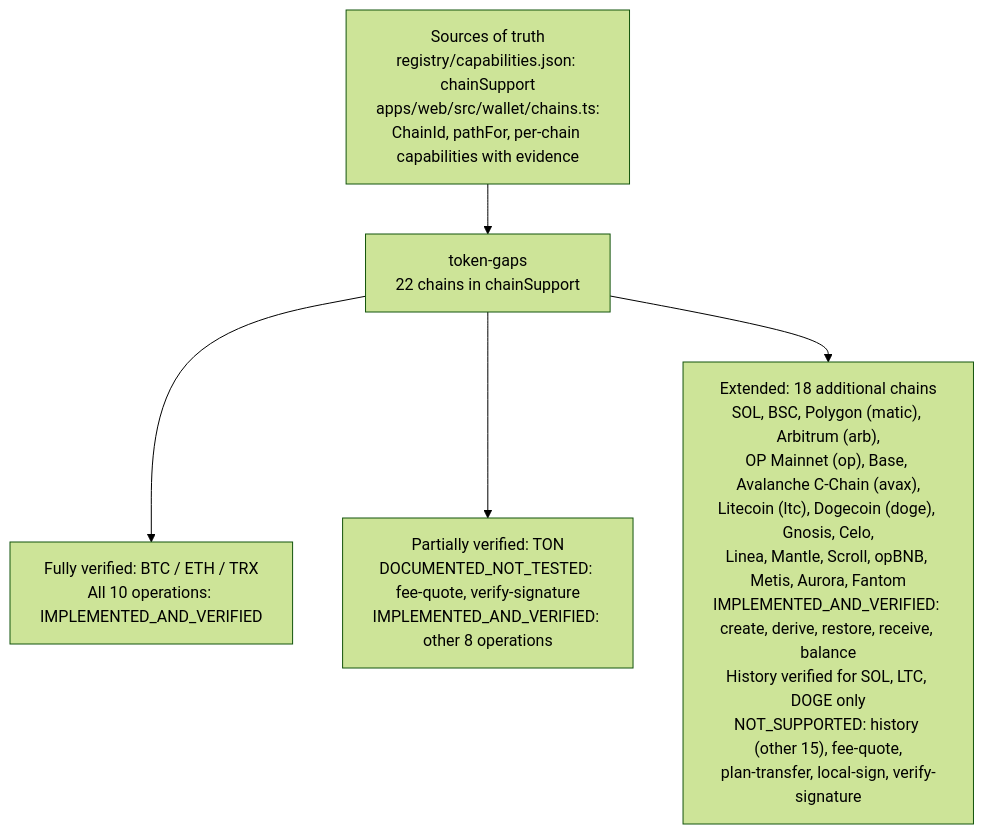
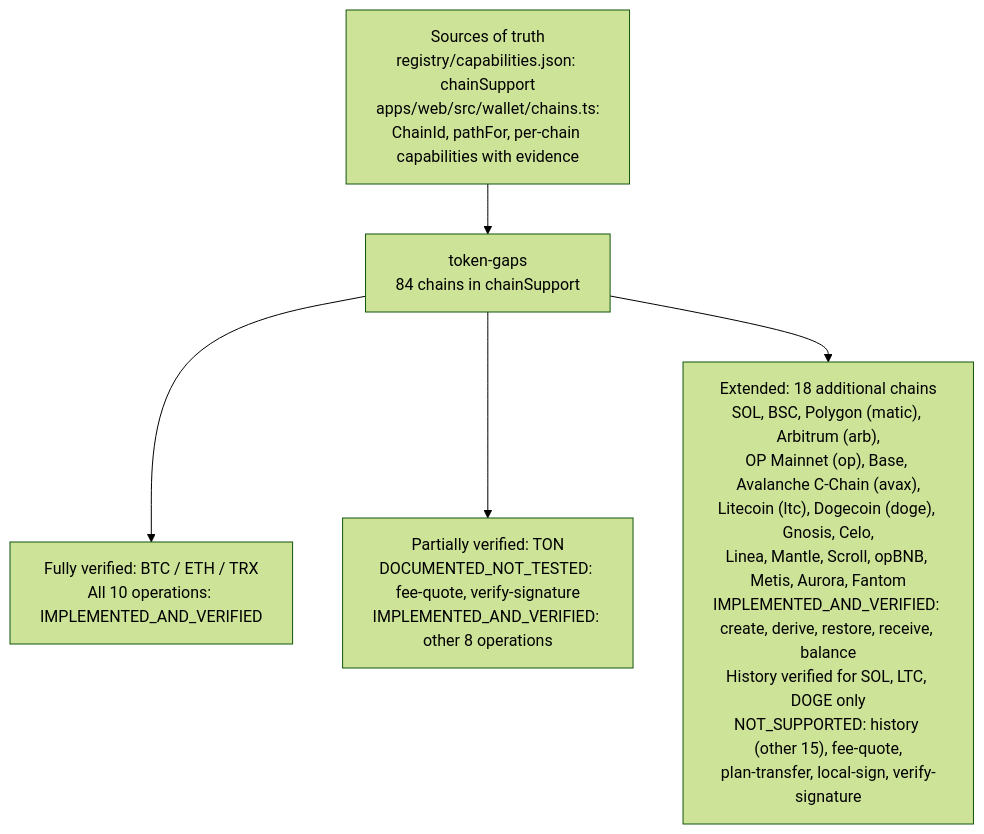
One commit to Pr3eve6ti2o/bawa changed the diagram in docs/12-chain-registry-and-assets/README.md. Above: the diagram before and after it, drawn with Mermaid (forest theme). The commit also changed other lines of this file and 136 other files, not shown here.

````diff
--- a/docs/12-chain-registry-and-assets/README.md
+++ b/docs/12-chain-registry-and-assets/README.md
@@ -201,20 +201,20 @@
 ```mermaid
 flowchart TB
     accTitle: Bawa chain support overview
     accDescr: token-gaps supports BTC, ETH and TRX with all ten operations verified, plus TON with fee-quote and verify-signature documented but untested, plus eighteen additional chains with create, derive, restore, receive and balance verified and the remaining five operations unsupported (history verified for SOL, LTC and DOGE only, per chains.ts). The 13-chain registry was merged into adopt-proper from panel-rebuild/multichain-create; the 9 newer EVM chains were added afterwards on panel-rebuild/token-gaps. It is not a separate branch.
 
     S["Sources of truth<br/>registry/capabilities.json: chainSupport<br/>apps/web/src/wallet/chains.ts:<br/>ChainId, pathFor, per-chain capabilities with evidence"]
 
-    A["token-gaps<br/>22 chains in chainSupport"]
+    A["token-gaps<br/>84 chains in chainSupport"]
 
     F["Fully verified: BTC / ETH / TRX<br/>All 10 operations: IMPLEMENTED_AND_VERIFIED"]
 
     T["Partially verified: TON<br/>DOCUMENTED_NOT_TESTED: fee-quote, verify-signature<br/>IMPLEMENTED_AND_VERIFIED: other 8 operations"]
 
     D["Extended: 18 additional chains<br/>SOL, BSC, Polygon (matic), Arbitrum (arb),<br/>OP Mainnet (op), Base, Avalanche C-Chain (avax),<br/>Litecoin (ltc), Dogecoin (doge), Gnosis, Celo,<br/>Linea, Mantle, Scroll, opBNB, Metis, Aurora, Fantom<br/>IMPLEMENTED_AND_VERIFIED: create, derive, restore, receive, balance<br/>History verified for SOL, LTC, DOGE only<br/>NOT_SUPPORTED: history (other 15), fee-quote,<br/>plan-transfer, local-sign, verify-signature"]
 
     S --> A
     A --> F
     A --> T
     A --> D
 ```
````
